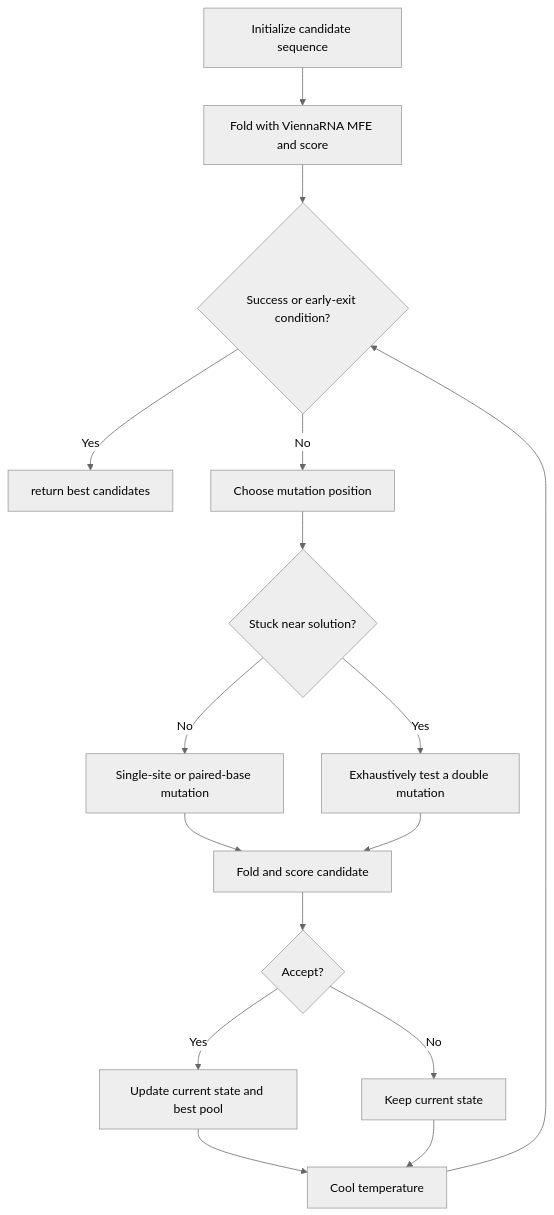
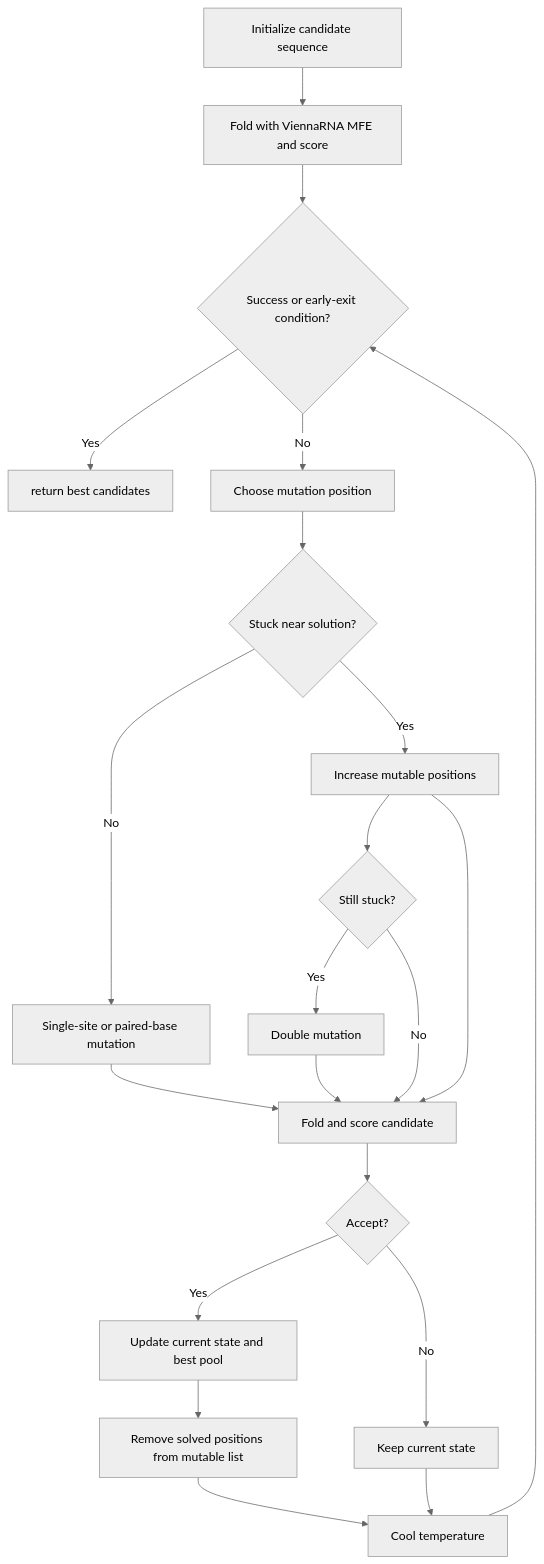
The third of 3 diagrams in README.md (HenrikMengkrogen/Ribologic_iGEM_BACKUP), drawn with Mermaid (neutral theme) before and after one commit. The commit also changed other lines of this file, not shown here.

````diff
--- a/README.md
+++ b/README.md
@@ -99,19 +107,24 @@
 ``` mermaid
 
 flowchart TD
     A[Initialize candidate sequence] --> B[Fold with ViennaRNA MFE and score]
     B --> C{Success or early-exit condition?}
     C -- Yes --> Z[return best candidates]
-    C -- No --> D[Choose mutation position]
+    C -- No --> D[Choose mutation position] 
     D --> E{Stuck near solution?}
     E -- No --> F[Single-site or paired-base mutation]
-    E -- Yes --> G[Exhaustively test a double mutation]
+    E -- Yes --> G[Increase mutable positions]
+    G --> N{Still stuck?}
+    N --> |Yes| O[Double mutation]
+    O --> H
+    N --> |No| H
     F --> H[Fold and score candidate]
     G --> H
     H --> I{Accept?}
     I -- Yes --> J[Update current state and best pool]
     I -- No --> K[Keep current state]
-    J --> L[Cool temperature]
+    J --> M[Remove solved positions from mutable list]
+    M --> L[Cool temperature]
     K --> L
     L --> C
 ```
````
